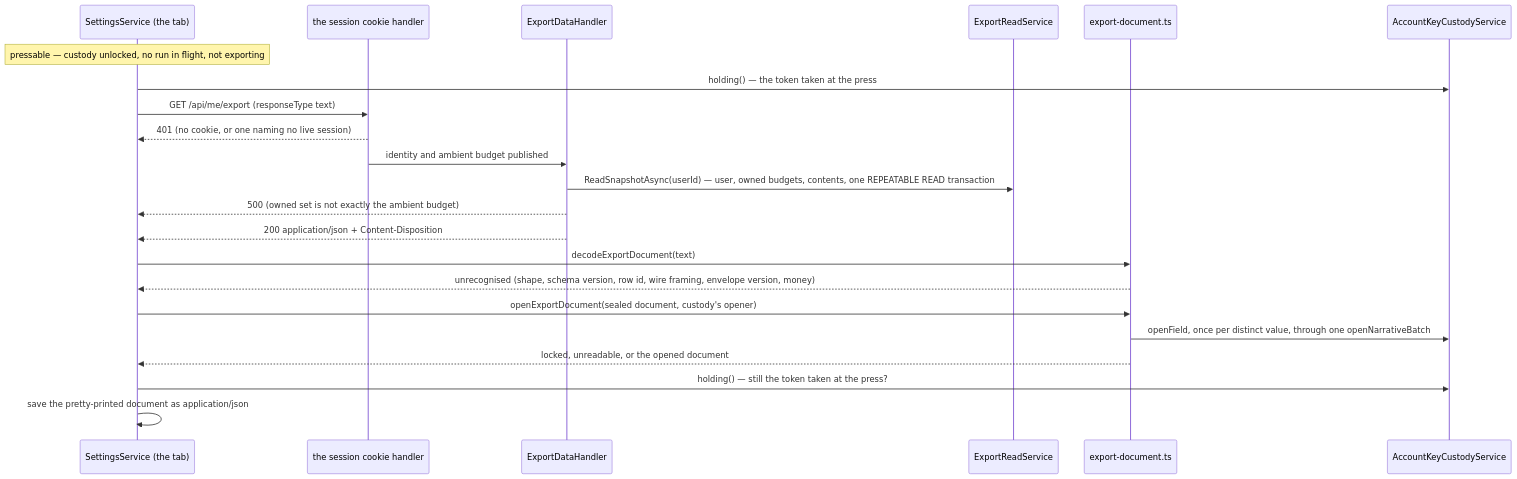
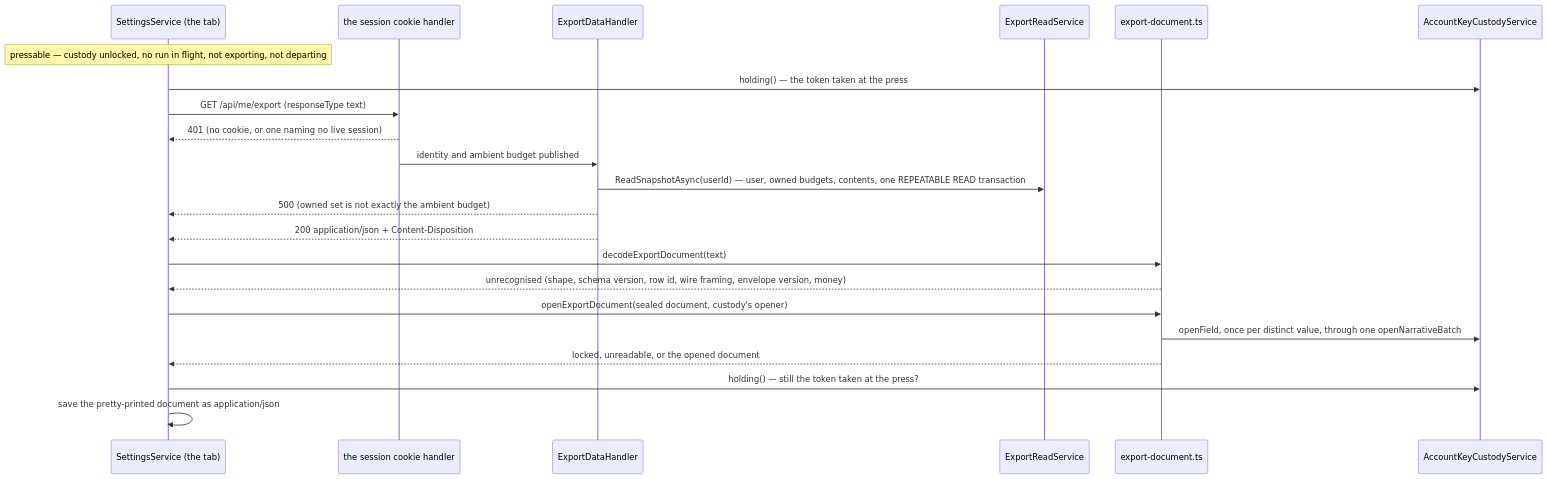
One commit to anton-kochev/budgetoid changed the second of 2 diagrams in docs/business-logic/export.md. Above: the diagram before and after it, drawn with Mermaid. The commit also changed other lines of this file and 35 other files, not shown here.

````diff
--- a/docs/business-logic/export.md
+++ b/docs/business-logic/export.md
@@ -569,24 +577,24 @@
 ```mermaid
 sequenceDiagram
     participant S as SettingsService (the tab)
     participant M as the session cookie handler
     participant H as ExportDataHandler
     participant R as ExportReadService
     participant D as export-document.ts
     participant K as AccountKeyCustodyService
-    Note over S: pressable — custody unlocked, no run in flight, not exporting
+    Note over S: pressable — custody unlocked, no run in flight, not exporting, not departing
     S->>K: holding() — the token taken at the press
     S->>M: GET /api/me/export (responseType text)
     M-->>S: 401 (no cookie, or one naming no live session)
     M->>H: identity and ambient budget published
     H->>R: ReadSnapshotAsync(userId) — user, owned budgets, contents, one REPEATABLE READ transaction
     H-->>S: 500 (owned set is not exactly the ambient budget)
     H-->>S: 200 application/json + Content-Disposition
     S->>D: decodeExportDocument(text)
     D-->>S: unrecognised (shape, schema version, row id, wire framing, envelope version, money)
     S->>D: openExportDocument(sealed document, custody's opener)
     D->>K: openField, once per distinct value, through one openNarrativeBatch
     D-->>S: locked, unreadable, or the opened document
     S->>K: holding() — still the token taken at the press?
     S->>S: save the pretty-printed document as application/json
 ```
````
